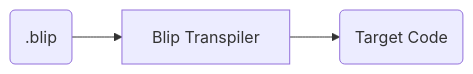
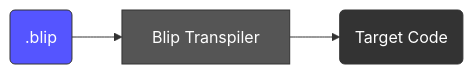
Before and after one commit to psysrc/blip: the third of 3 diagrams in docs/design.md, drawn with Mermaid. The commit also changed other lines of this file, not shown here.

Commit message:
Improved colouring on the design Mermaid diagrams

````diff
--- a/docs/design.md
+++ b/docs/design.md
@@ -56,8 +65,12 @@
 ```mermaid
 flowchart LR
     blip(.blip)
     t(Target Code)
     transpiler[Blip Transpiler]
 
     blip --> transpiler --> t
+
+    style blip fill:#55f,color:#fff,stroke:#333
+    style transpiler fill:#555,color:#fff,stroke:#333
+    style t fill:#333,color:#fff,stroke:#333
 ```
````
